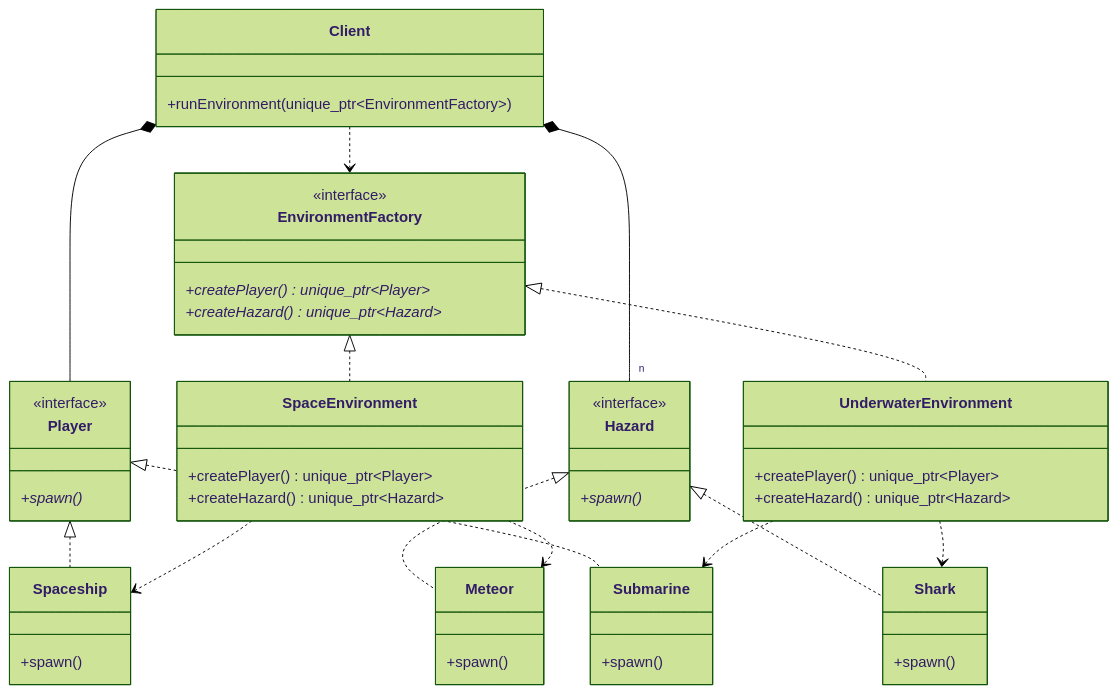
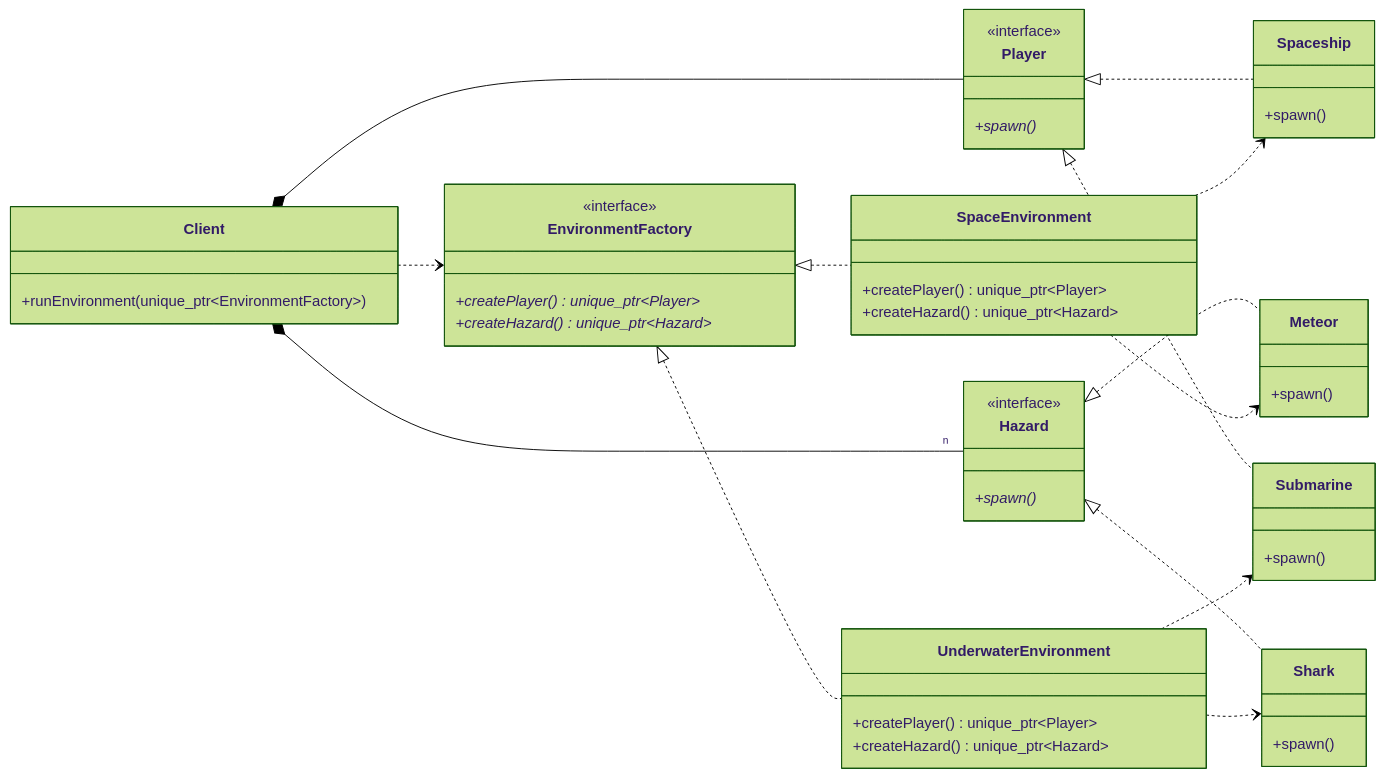
The diagram in 03_AbstractFactoryMethod/README.md (Cichlidfishexigency721/Modern-CPP-Design-Patterns), drawn with Mermaid (forest theme) before and after one commit. The commit also changed 1 other file, not shown here.

Commit message:
UML improvement

````diff
--- a/03_AbstractFactoryMethod/README.md
+++ b/03_AbstractFactoryMethod/README.md
@@ -46,58 +46,58 @@
 ```mermaid
 classDiagram
-    directio LR
+    direction LR
     class Player {
         <<interface>>
         +spawn()*
     }
     class Hazard {
         <<interface>>
         +spawn()*
     }
 
     class Spaceship { +spawn() }
     class Meteor { +spawn() }
     class Submarine { +spawn() }
     class Shark { +spawn() }
 
     class EnvironmentFactory {
         <<interface>>
         +createPlayer()* unique_ptr~Player~
         +createHazard()* unique_ptr~Hazard~
     }
 
     class SpaceEnvironment {
         +createPlayer() unique_ptr~Player~
         +createHazard() unique_ptr~Hazard~
     }
 
     class UnderwaterEnvironment {
         +createPlayer() unique_ptr~Player~
         +createHazard() unique_ptr~Hazard~
     }
 
     class Client {
         +runEnvironment(unique_ptr~EnvironmentFactory~)
     }
 
     %% Inheritance Relationships
     Player <|.. Spaceship
     Player <|.. Submarine
     Hazard <|.. Meteor
     Hazard <|.. Shark
 
     EnvironmentFactory <|.. SpaceEnvironment
     EnvironmentFactory <|.. UnderwaterEnvironment
 
     %% Creation Dependencies (The Families)
     SpaceEnvironment ..> Spaceship
     SpaceEnvironment ..> Meteor
     
     UnderwaterEnvironment ..> Submarine
     UnderwaterEnvironment ..> Shark
 
     %% Client interacting with abstractions
     Client ..> EnvironmentFactory
     Client *-- Player
     Client *-- "n" Hazard
 ```
````
